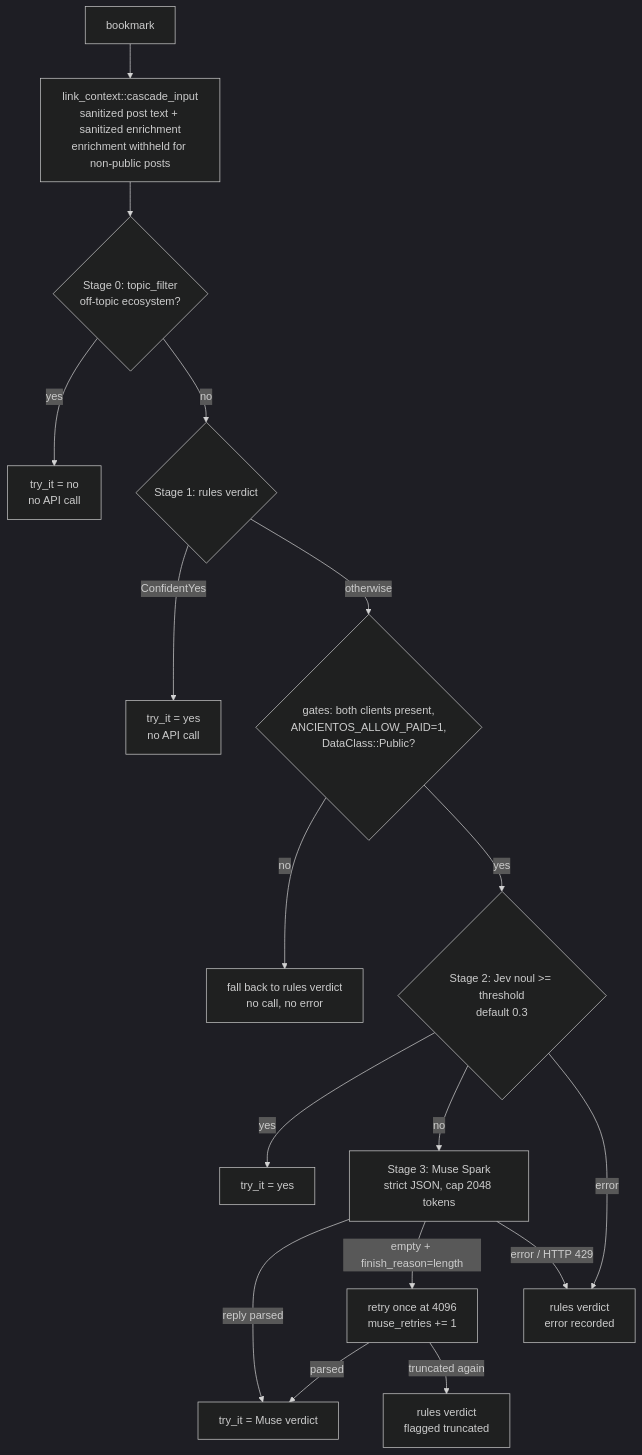
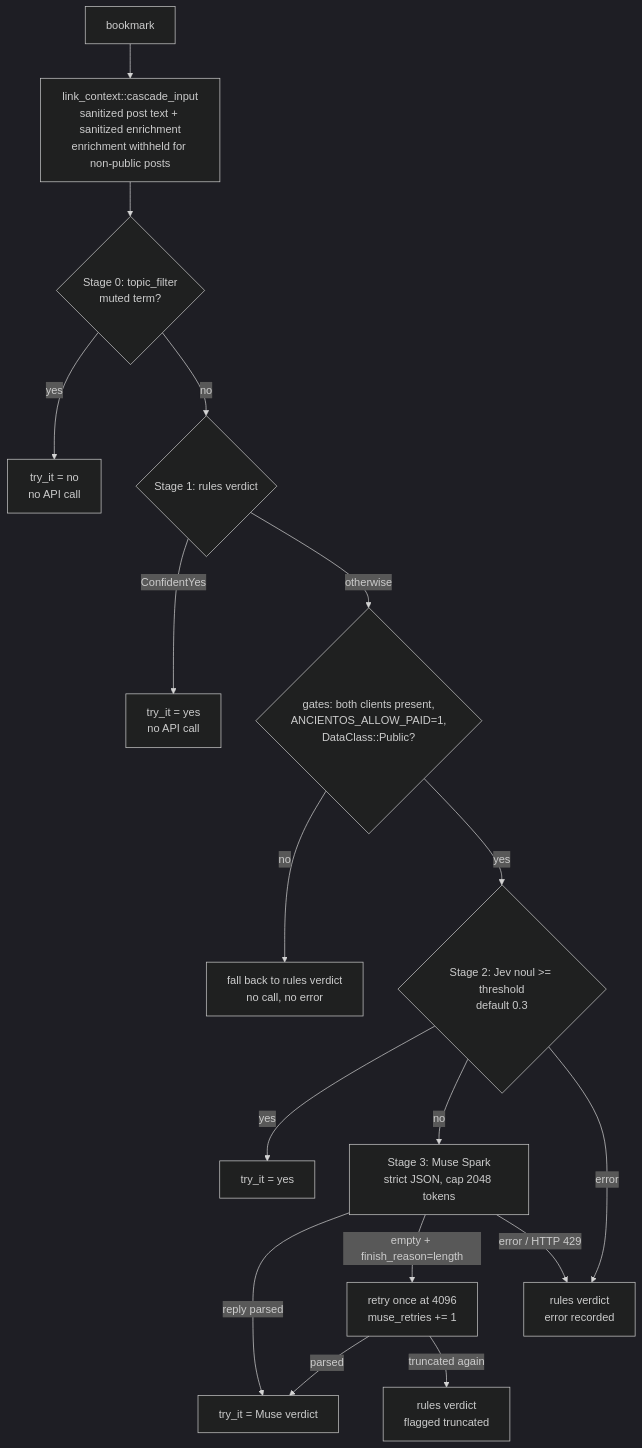
One commit to nathandavidgreene/ancientos-hackathon changed the first of 8 diagrams in docs/flows.md. Above: the diagram before and after it, drawn with Mermaid (dark theme). The commit also changed 13 other files, not shown here.

Commit message:
P9: merge try-it topic_filter into topic_mute; one private mute list for try-it, cascade, eval, demo; synthetic demo term

````diff
--- a/docs/flows.md
+++ b/docs/flows.md
@@ -11,19 +11,19 @@
 ```mermaid
 flowchart TD
   P[bookmark] --> LC[link_context::cascade_input<br/>sanitized post text + sanitized enrichment<br/>enrichment withheld for non-public posts]
-  LC --> S0{Stage 0: topic_filter<br/>off-topic ecosystem?}
+  LC --> S0{Stage 0: topic_filter<br/>muted term?}
   S0 -- yes --> NO0[try_it = no<br/>no API call]
   S0 -- no --> S1{Stage 1: rules verdict}
   S1 -- ConfidentYes --> YES1[try_it = yes<br/>no API call]
   S1 -- otherwise --> G{gates: both clients present,<br/>ANCIENTOS_ALLOW_PAID=1,<br/>DataClass::Public?}
   G -- no --> RULES[fall back to rules verdict<br/>no call, no error]
   G -- yes --> S2{Stage 2: Jev noul >= threshold<br/>default 0.3}
   S2 -- yes --> YES2[try_it = yes]
   S2 -- no --> S3[Stage 3: Muse Spark<br/>strict JSON, cap 2048 tokens]
   S3 -- reply parsed --> V[try_it = Muse verdict]
   S3 -- empty + finish_reason=length --> R[retry once at 4096<br/>muse_retries += 1]
   R -- parsed --> V
   R -- truncated again --> T[rules verdict<br/>flagged truncated]
   S2 -- error --> E[rules verdict<br/>error recorded]
   S3 -- error / HTTP 429 --> E
 ```
````
